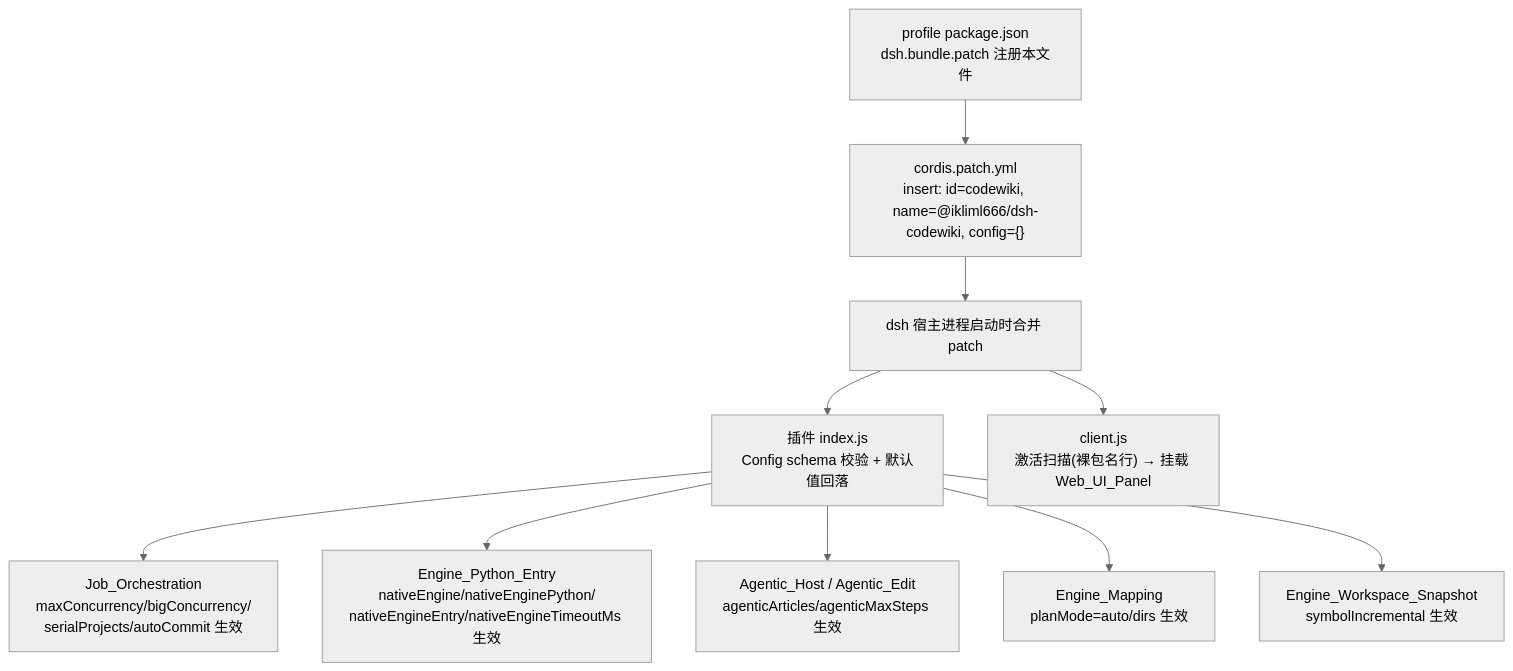
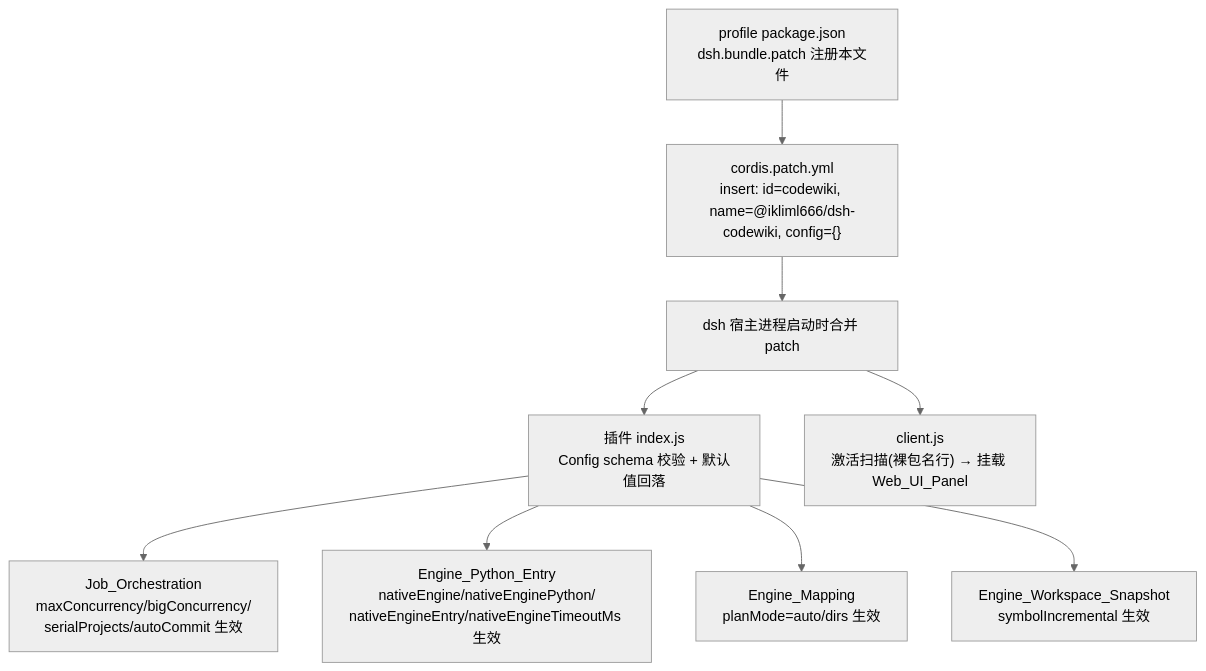
Before and after one commit to ikliml666/dsh-codewiki: the third of 3 diagrams in .codewiki/_techdocs/docs/Cordis_Patch_Config.md, drawn with Mermaid (neutral theme). The commit also changed other lines of this file and 70 other files, not shown here.

````diff
--- a/.codewiki/_techdocs/docs/Cordis_Patch_Config.md
+++ b/.codewiki/_techdocs/docs/Cordis_Patch_Config.md
@@ -106,18 +106,17 @@
 ```mermaid
 flowchart TD
     P["profile package.json<br/>dsh.bundle.patch 注册本文件"]
     Y["cordis.patch.yml<br/>insert: id=codewiki, name=@ikliml666/dsh-codewiki, config={}"]
     H["dsh 宿主进程启动时合并 patch"]
 
     P --> Y
     Y --> H
 
     H --> IDX["插件 index.js<br/>Config schema 校验 + 默认值回落"]
     H --> CLI["client.js<br/>激活扫描(裸包名行) → 挂载 Web_UI_Panel"]
 
     IDX --> JO["Job_Orchestration<br/>maxConcurrency/bigConcurrency/<br/>serialProjects/autoCommit 生效"]
     IDX --> ENG["Engine_Python_Entry<br/>nativeEngine/nativeEnginePython/<br/>nativeEngineEntry/nativeEngineTimeoutMs 生效"]
-    IDX --> AGT["Agentic_Host / Agentic_Edit<br/>agenticArticles/agenticMaxSteps 生效"]
     IDX --> MAP["Engine_Mapping<br/>planMode=auto/dirs 生效"]
     IDX --> SYM["Engine_Workspace_Snapshot<br/>symbolIncremental 生效"]
 ```
````
